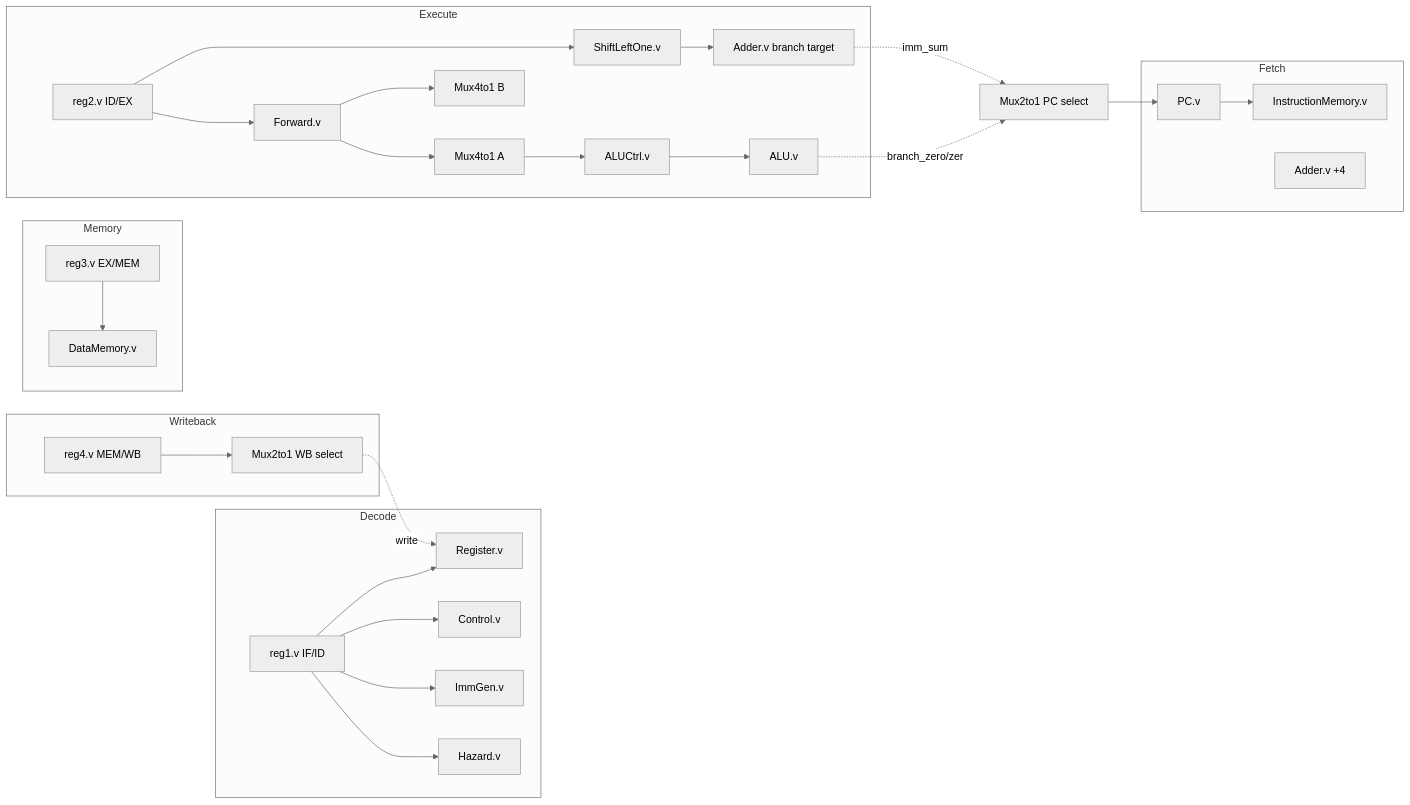
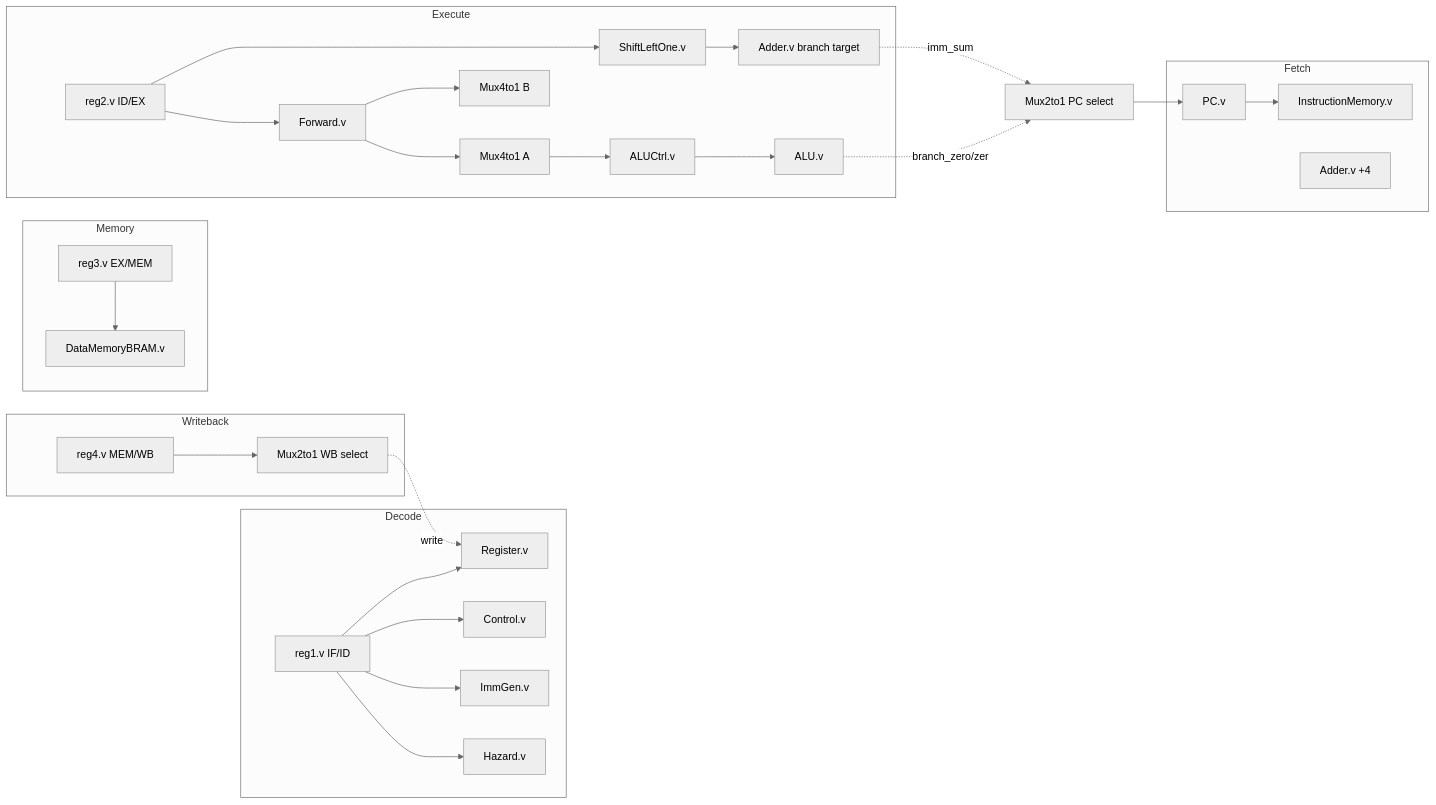
Before and after one commit to bhouvana/RV32IM-5-Stage-Pipelined-Processor: the diagram in docs/ARCHITECTURE.md, drawn with Mermaid (neutral theme). The commit also changed other lines of this file and 32 other files, not shown here.

First line of the commit message:
MEM-stage retiming: wire DataMemoryBRAM into the live pipeline (docs/adr/0013)

````diff
--- a/docs/ARCHITECTURE.md
+++ b/docs/ARCHITECTURE.md
@@ -61,32 +72,32 @@
 ```mermaid
 graph LR
     subgraph IF[Fetch]
         PCreg[PC.v] --> IMEM[InstructionMemory.v]
         AdderPC4[Adder.v +4]
     end
     subgraph ID[Decode]
         reg1[reg1.v IF/ID] --> RF[Register.v]
         reg1 --> CTRL[Control.v]
         reg1 --> IMM[ImmGen.v]
         reg1 --> HZD[Hazard.v]
     end
     subgraph EX[Execute]
         reg2[reg2.v ID/EX] --> FWD[Forward.v]
         reg2 --> SLA[ShiftLeftOne.v]
         FWD --> MUXA[Mux4to1 A]
         FWD --> MUXB[Mux4to1 B]
         MUXA --> ALUCTRL[ALUCtrl.v]
         ALUCTRL --> ALU[ALU.v]
         SLA --> AdderBR[Adder.v branch target]
     end
     subgraph MEM[Memory]
-        reg3[reg3.v EX/MEM] --> DMEM[DataMemory.v]
+        reg3[reg3.v EX/MEM] --> DMEM[DataMemoryBRAM.v]
     end
     subgraph WB[Writeback]
         reg4[reg4.v MEM/WB] --> WBMUX[Mux2to1 WB select]
     end
     WBMUX -.write.-> RF
     ALU -.branch_zero/zero.-> PCMUX[Mux2to1 PC select]
     AdderBR -.imm_sum.-> PCMUX
     PCMUX --> PCreg
 ```
````
